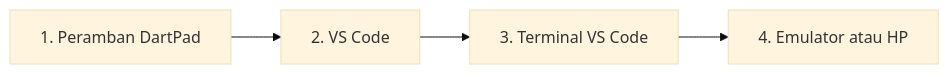
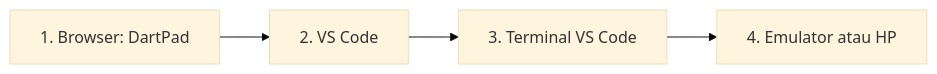
One commit to antonprafanto/mobile2026 changed the first of 3 diagrams in modul-00-persiapan/README.md. Above: the diagram before and after it, drawn with Mermaid (base theme). The commit also changed other lines of this file and 6 other files, not shown here.

````diff
--- a/modul-00-persiapan/README.md
+++ b/modul-00-persiapan/README.md
@@ -21,6 +21,6 @@
 ```mermaid
 flowchart LR
-  A["1. Peramban DartPad"] --> B["2. VS Code"]
+  A["1. Browser: DartPad"] --> B["2. VS Code"]
   B --> C["3. Terminal VS Code"]
   C --> D["4. Emulator atau HP"]
 ```
````
